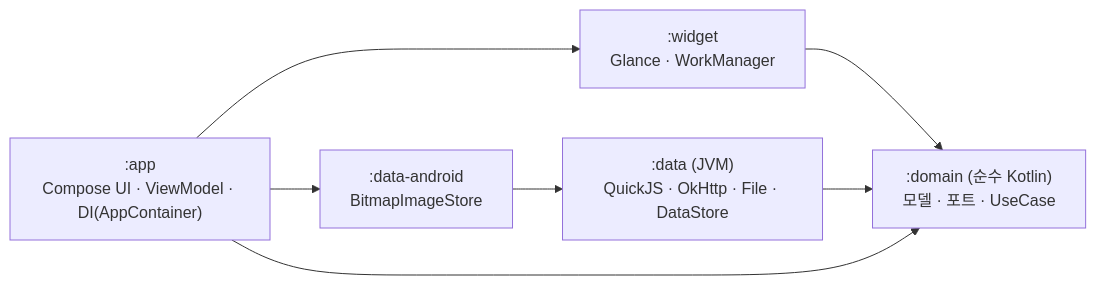
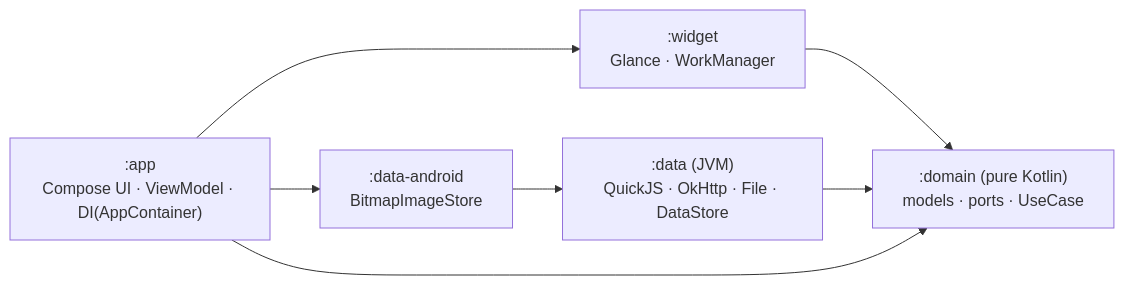
Before and after one commit to b1ink301/ScriptWidget: the first of 2 diagrams in README.md, drawn with Mermaid. The commit also changed other lines of this file and 6 other files, not shown here.

````diff
--- a/README.md
+++ b/README.md
@@ -28,9 +30,9 @@
 ```mermaid
 flowchart LR
   app[":app<br/>Compose UI · ViewModel · DI(AppContainer)"] --> widget[":widget<br/>Glance · WorkManager"]
   app --> dataAndroid[":data-android<br/>BitmapImageStore"]
   widget --> domain
   dataAndroid --> data[":data (JVM)<br/>QuickJS · OkHttp · File · DataStore"]
-  data --> domain[":domain (순수 Kotlin)<br/>모델 · 포트 · UseCase"]
+  data --> domain[":domain (pure Kotlin)<br/>models · ports · UseCase"]
   app --> domain
 ```
````
